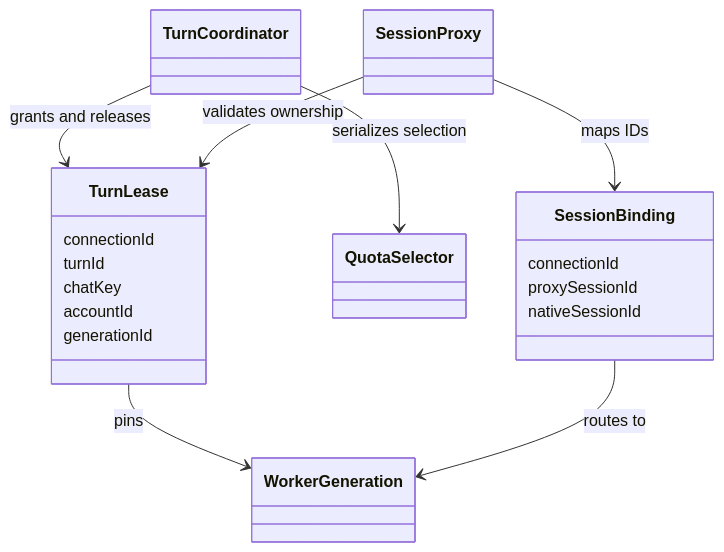
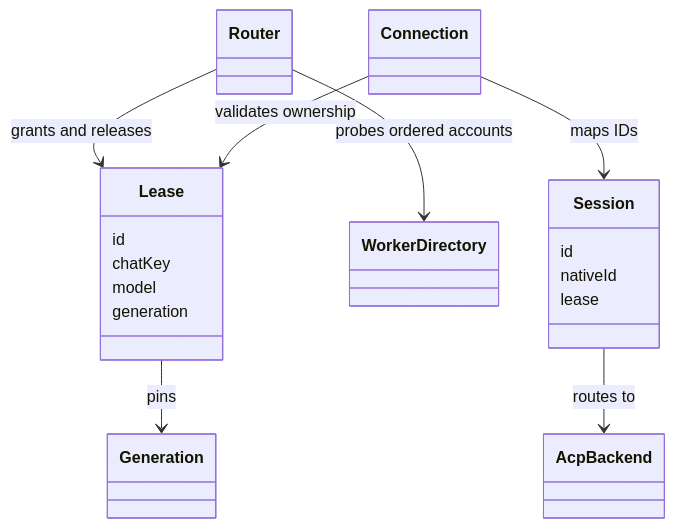
The fourth of 6 diagrams in docs/ARCHITECTURE.md (shirolabs67/AntigravityAccountSwitcher), drawn with Mermaid before and after one commit. The commit also changed other lines of this file and 23 other files, not shown here.

````diff
--- a/docs/ARCHITECTURE.md
+++ b/docs/ARCHITECTURE.md
@@ -66,21 +66,20 @@
 ```mermaid
 classDiagram
-  TurnCoordinator --> TurnLease : grants and releases
-  TurnCoordinator --> QuotaSelector : serializes selection
-  SessionProxy --> TurnLease : validates ownership
-  SessionProxy --> SessionBinding : maps IDs
-  TurnLease --> WorkerGeneration : pins
-  SessionBinding --> WorkerGeneration : routes to
-  class TurnLease {
-    connectionId
-    turnId
+  Router --> Lease : grants and releases
+  Router --> WorkerDirectory : probes ordered accounts
+  Connection --> Lease : validates ownership
+  Connection --> Session : maps IDs
+  Lease --> Generation : pins
+  Session --> AcpBackend : routes to
+  class Lease {
+    id
     chatKey
-    accountId
-    generationId
+    model
+    generation
   }
-  class SessionBinding {
-    connectionId
-    proxySessionId
-    nativeSessionId
+  class Session {
+    id
+    nativeId
+    lease
   }
 ```
````
